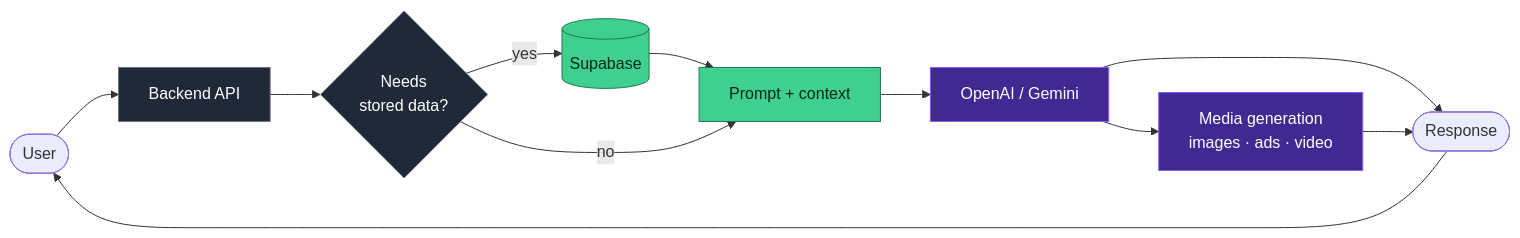
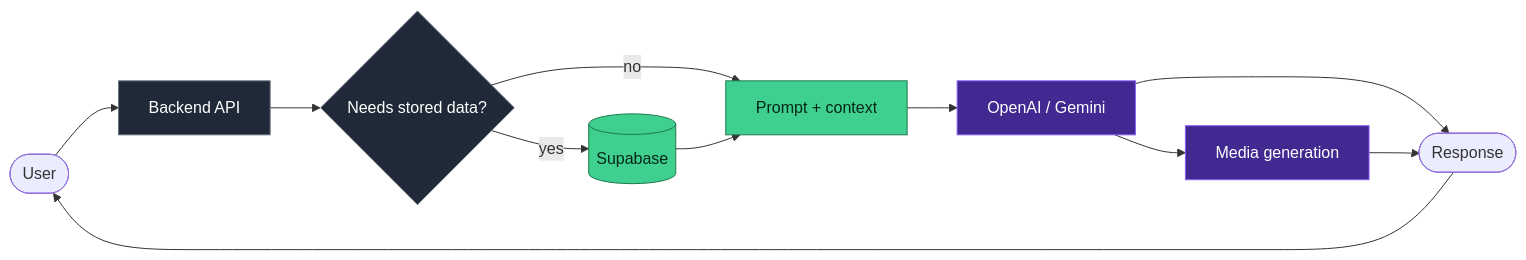
Before and after one commit to Barathchander88/Barathchander88: the diagram in README.md, drawn with Mermaid. The commit also changed other lines of this file, not shown here.

````diff
--- a/README.md
+++ b/README.md
@@ -24,20 +32,20 @@
 ```mermaid
 flowchart LR
-    U([User]) --> API[Backend API]
-    API --> D{Needs<br/>stored data?}
-    D -- yes --> S[(Supabase)]
-    S --> P[Prompt + context]
-    D -- no --> P
-    P --> L[OpenAI / Gemini]
-    L --> M[Media generation<br/>images · ads · video]
-    L --> R([Response])
+    U(["User"]) --> API["Backend API"]
+    API --> D{"Needs stored data?"}
+    D -->|yes| S[("Supabase")]
+    D -->|no| P["Prompt + context"]
+    S --> P
+    P --> L["OpenAI / Gemini"]
+    L --> M["Media generation"]
+    L --> R(["Response"])
     M --> R
     R --> U
 
-    classDef core fill:#412991,stroke:#8B5CF6,color:#fff
+    classDef core fill:#412991,stroke:#8B5CF6,color:#ffffff
     classDef data fill:#3FCF8E,stroke:#1F7A52,color:#06281A
-    classDef edge fill:#1F2937,stroke:#6B7280,color:#fff
+    classDef edge fill:#1F2937,stroke:#6B7280,color:#ffffff
     class L,M core
     class S,P data
     class API,D edge
 ```
````
